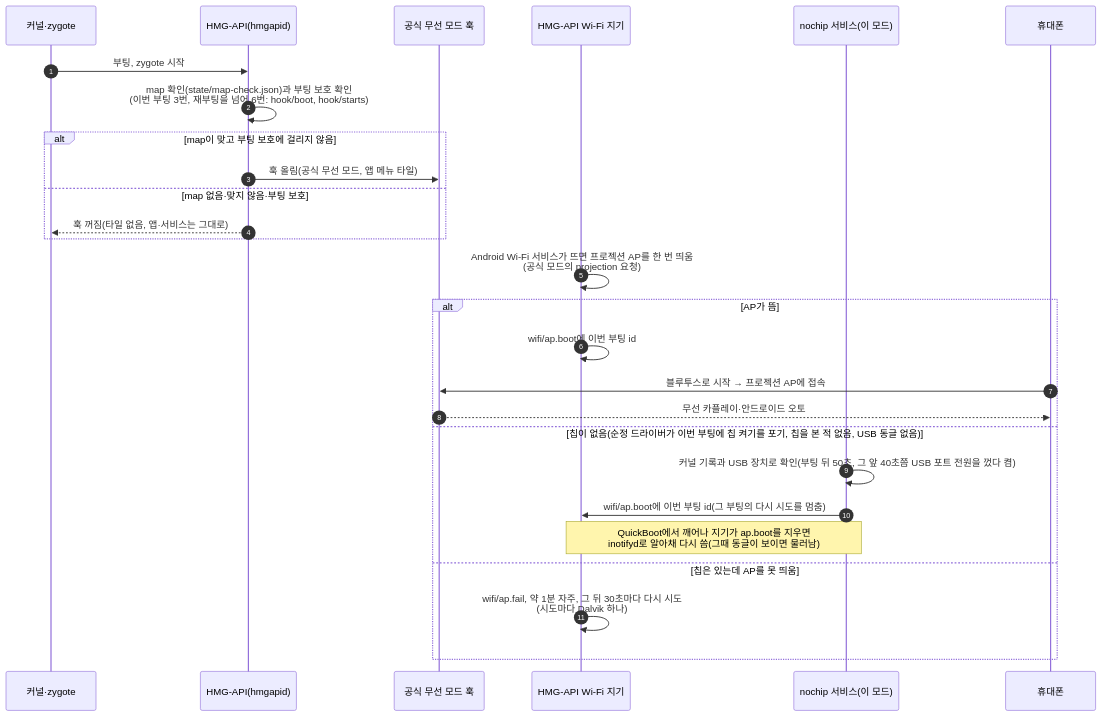
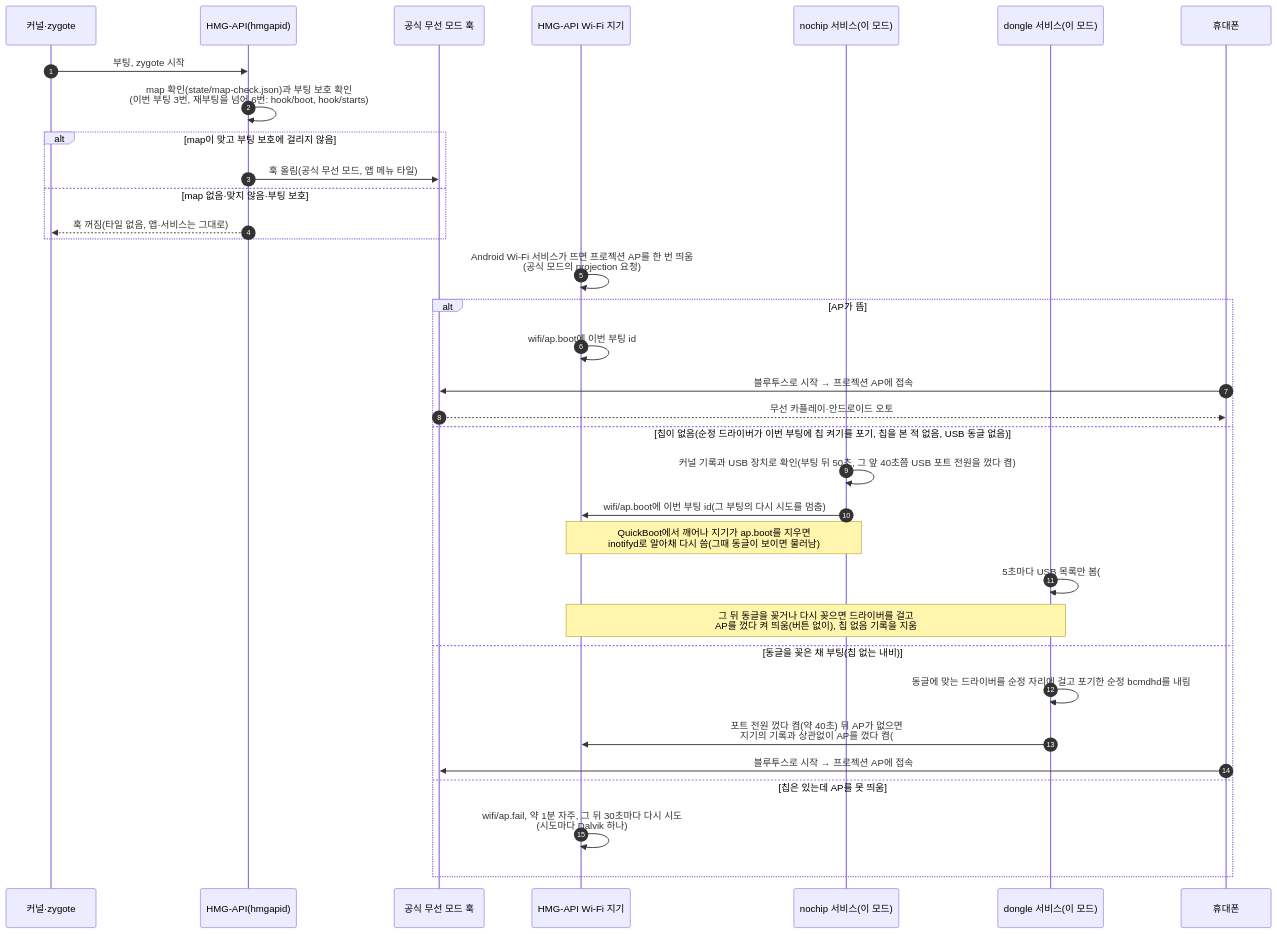
One commit to jay-park-lab/hmgapi-nx4-kor changed the fourth of 7 diagrams in docs/flow.md. Above: the diagram before and after it, drawn with Mermaid. The commit also changed 6 other files, not shown here.

````diff
--- a/docs/flow.md
+++ b/docs/flow.md
@@ -131,30 +131,37 @@
 ```mermaid
 sequenceDiagram
   autonumber
   participant K as 커널·zygote
   participant H as HMG-API(hmgapid)
   participant W as 공식 무선 모드 훅
   participant A as HMG-API Wi-Fi 지기
   participant N as nochip 서비스(이 모드)
+  participant D as dongle 서비스(이 모드)
   participant P as 휴대폰
 
   K->>H: 부팅, zygote 시작
   H->>H: map 확인(state/map-check.json)과 부팅 보호 확인<br/>(이번 부팅 3번, 재부팅을 넘어 6번: hook/boot, hook/starts)
   alt map이 맞고 부팅 보호에 걸리지 않음
     H->>W: 훅 올림(공식 무선 모드, 앱 메뉴 타일)
   else map 없음·맞지 않음·부팅 보호
     H-->>K: 훅 꺼짐(타일 없음, 앱·서비스는 그대로)
   end
   A->>A: Android Wi-Fi 서비스가 뜨면 프로젝션 AP를 한 번 띄움<br/>(공식 모드의 projection 요청)
   alt AP가 뜸
     A->>A: wifi/ap.boot에 이번 부팅 id
     P->>W: 블루투스로 시작 → 프로젝션 AP에 접속
     W-->>P: 무선 카플레이·안드로이드 오토
   else 칩이 없음(순정 드라이버가 이번 부팅에 칩 켜기를 포기, 칩을 본 적 없음, USB 동글 없음)
     N->>N: 커널 기록과 USB 장치로 확인(부팅 뒤 50초, 그 앞 40초쯤 USB 포트 전원을 껐다 켬)
     N->>A: wifi/ap.boot에 이번 부팅 id(그 부팅의 다시 시도를 멈춤)
     Note over N,A: QuickBoot에서 깨어나 지기가 ap.boot를 지우면<br/>inotifyd로 알아채 다시 씀(그때 동글이 보이면 물러남)
+    D->>D: 5초마다 USB 목록만 봄(#107)
+    Note over D,A: 그 뒤 동글을 꽂거나 다시 꽂으면 드라이버를 걸고<br/>AP를 껐다 켜 띄움(버튼 없이), 칩 없음 기록을 지움
+  else 동글을 꽂은 채 부팅(칩 없는 내비)
+    D->>D: 동글에 맞는 드라이버를 순정 자리에 걸고 포기한 순정 bcmdhd를 내림
+    D->>A: 포트 전원 껐다 켬(약 40초) 뒤 AP가 없으면<br/>지기의 기록과 상관없이 AP를 껐다 켬(#107)
+    P->>W: 블루투스로 시작 → 프로젝션 AP에 접속
   else 칩은 있는데 AP를 못 띄움
     A->>A: wifi/ap.fail, 약 1분 자주, 그 뒤 30초마다 다시 시도<br/>(시도마다 Dalvik 하나)
   end
 ```
````
